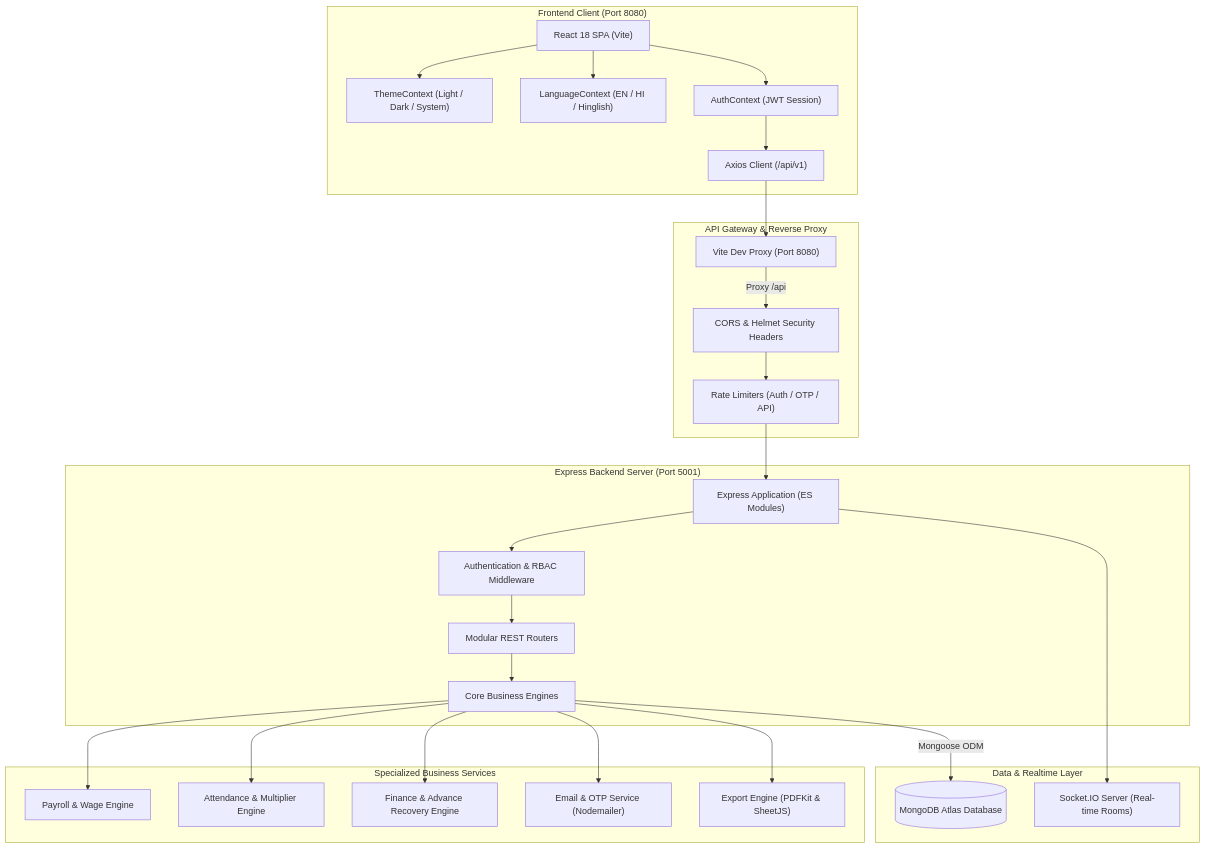
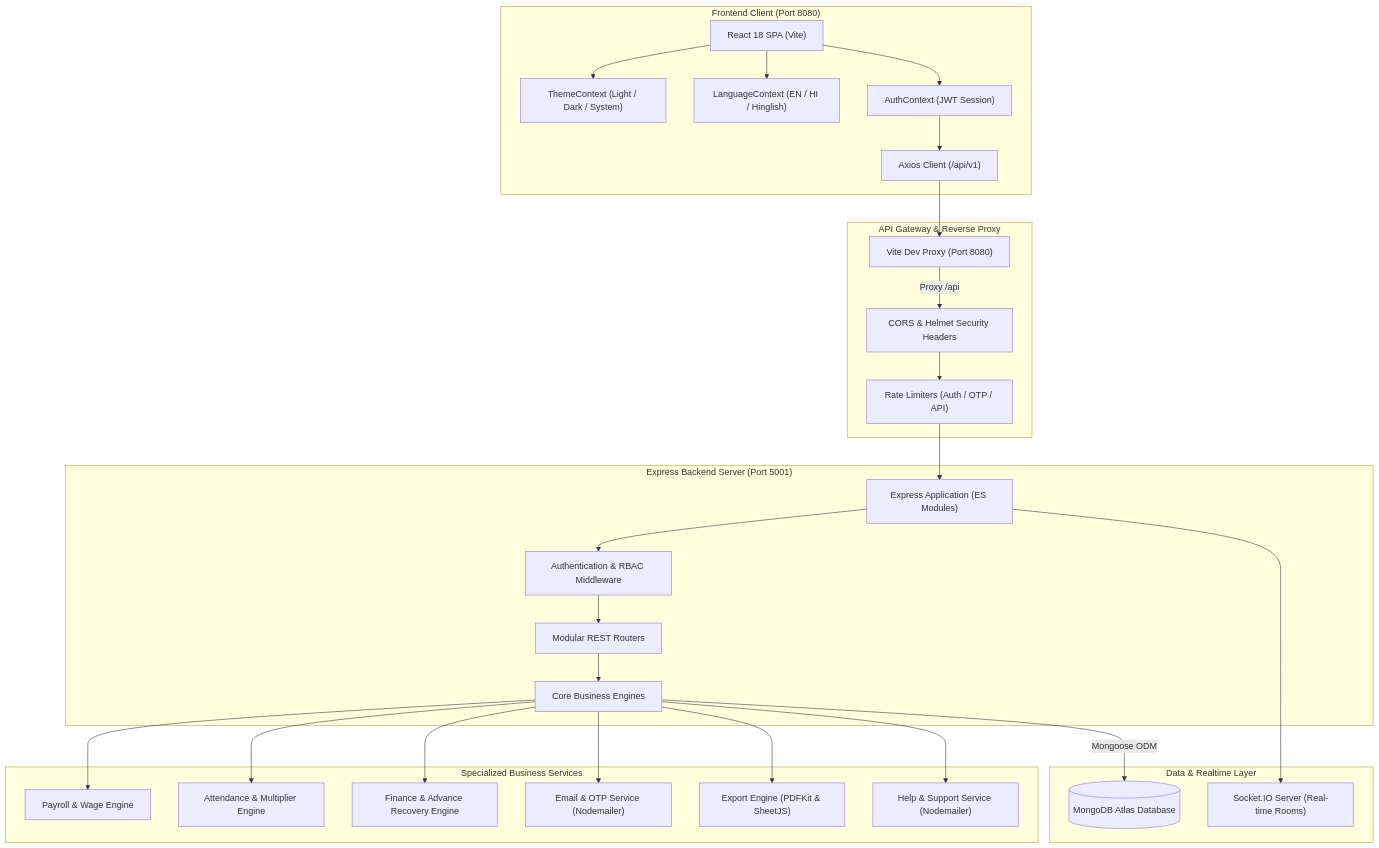
The first of 5 diagrams in README.md (ranjit-sharma/FurniCraft), drawn with Mermaid before and after one commit. The commit also changed other lines of this file, not shown here.

Commit message:
docs: update README with Help & Support Center, mobile viewport controls, and architecture

````diff
--- a/README.md
+++ b/README.md
@@ -27,56 +27,58 @@
 ```mermaid
 flowchart TD
     subgraph Client["Frontend Client (Port 8080)"]
         UI["React 18 SPA (Vite)"]
         TC["ThemeContext (Light / Dark / System)"]
         LC["LanguageContext (EN / HI / Hinglish)"]
         AC["AuthContext (JWT Session)"]
         AX["Axios Client (/api/v1)"]
         UI --> TC
         UI --> LC
         UI --> AC
         AC --> AX
     end
 
     subgraph Gateway["API Gateway & Reverse Proxy"]
         VP["Vite Dev Proxy (Port 8080)"]
         CORS["CORS & Helmet Security Headers"]
         RL["Rate Limiters (Auth / OTP / API)"]
         AX --> VP
         VP -->|Proxy /api| CORS
         CORS --> RL
     end
 
     subgraph Backend["Express Backend Server (Port 5001)"]
         APP["Express Application (ES Modules)"]
         AUTH_MW["Authentication & RBAC Middleware"]
         ROUTES["Modular REST Routers"]
         SERVICES["Core Business Engines"]
         
         RL --> APP
         APP --> AUTH_MW
         AUTH_MW --> ROUTES
         ROUTES --> SERVICES
     end
 
     subgraph CoreEngines["Specialized Business Services"]
         PE["Payroll & Wage Engine"]
         AE["Attendance & Multiplier Engine"]
         FE["Finance & Advance Recovery Engine"]
         SE["Email & OTP Service (Nodemailer)"]
         EE["Export Engine (PDFKit & SheetJS)"]
+        STE["Help & Support Service (Nodemailer)"]
         
         SERVICES --> PE
         SERVICES --> AE
         SERVICES --> FE
         SERVICES --> SE
         SERVICES --> EE
+        SERVICES --> STE
     end
 
     subgraph Storage["Data & Realtime Layer"]
         MDB[("MongoDB Atlas Database")]
         SIO["Socket.IO Server (Real-time Rooms)"]
         SERVICES -->|Mongoose ODM| MDB
         APP --> SIO
     end
 ```
````
